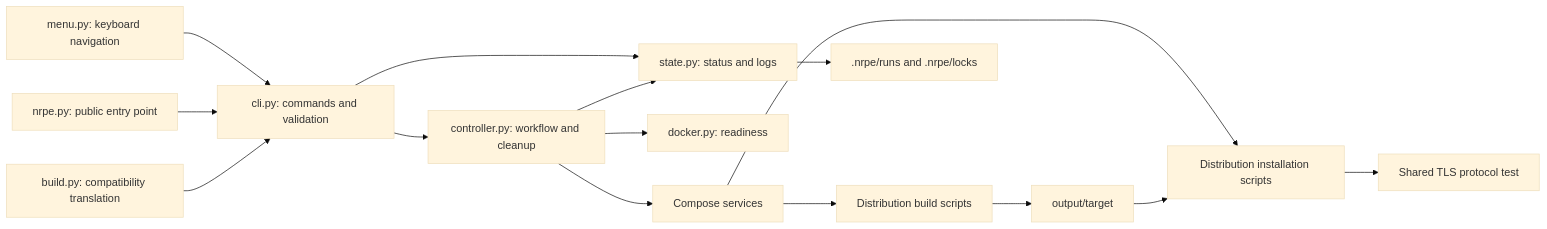
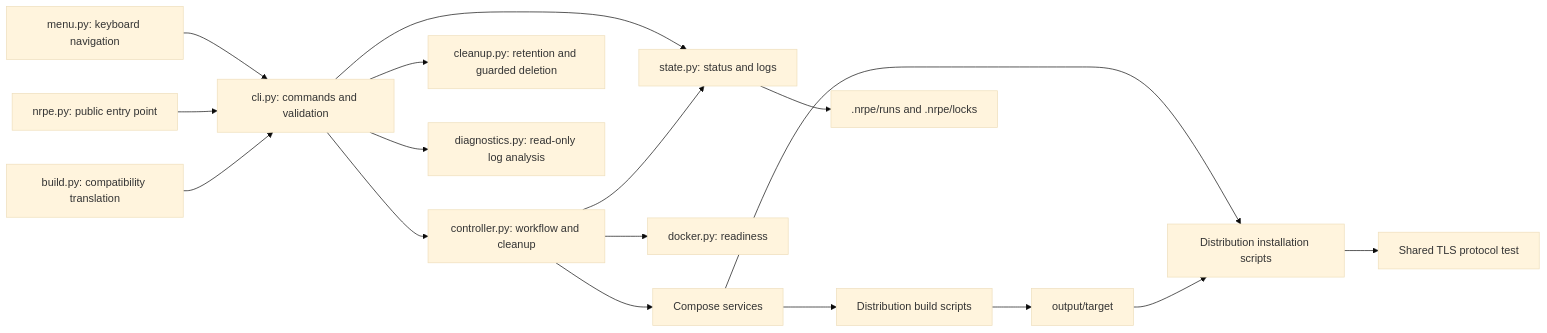
Before and after one commit to NoJokeFNA/nrpe-custom: the first of 2 diagrams in docs/architecture.md, drawn with Mermaid (base theme). The commit also changed other lines of this file and 8 other files, not shown here.

````diff
--- a/docs/architecture.md
+++ b/docs/architecture.md
@@ -10,17 +10,19 @@
 ```mermaid
 flowchart LR
     M[menu.py: keyboard navigation] --> CLI[cli.py: commands and validation]
     ENTRY[nrpe.py: public entry point] --> CLI
     LEGACY[build.py: compatibility translation] --> CLI
     CLI --> CTRL[controller.py: workflow and cleanup]
     CLI --> STATE[state.py: status and logs]
+    CLI --> CLEAN[cleanup.py: retention and guarded deletion]
+    CLI --> DIAG[diagnostics.py: read-only log analysis]
     CTRL --> DOCKER[docker.py: readiness]
     CTRL --> STATE
     CTRL --> COMPOSE[Compose services]
     COMPOSE --> BUILD[Distribution build scripts]
     COMPOSE --> INSTALL[Distribution installation scripts]
     INSTALL --> PROTOCOL[Shared TLS protocol test]
     BUILD --> OUTPUT[output/target]
     OUTPUT --> INSTALL
     STATE --> REPORTS[.nrpe/runs and .nrpe/locks]
 ```
````
